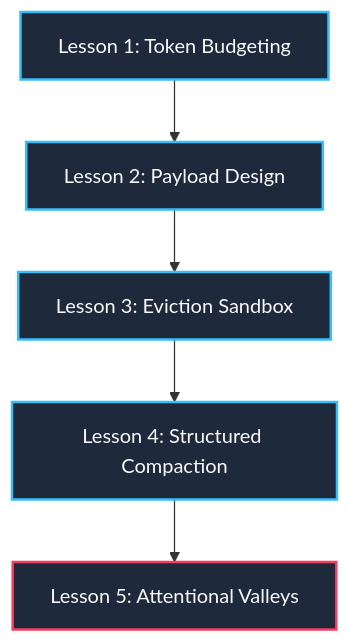
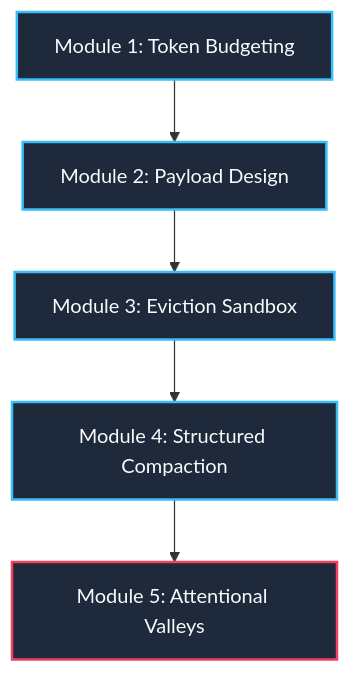
One commit to devJam2026/context-window-diagnostics changed the first of 2 diagrams in docs/learning-guide.md. Above: the diagram before and after it, drawn with Mermaid. The commit also changed other lines of this file and 2 other files, not shown here.

````diff
--- a/docs/learning-guide.md
+++ b/docs/learning-guide.md
@@ -54,13 +48,13 @@
 ```mermaid
 graph TD
-    A[Lesson 1: Token Budgeting] --> B[Lesson 2: Payload Design]
-    B --> C[Lesson 3: Eviction Sandbox]
-    C --> D[Lesson 4: Structured Compaction]
-    D --> E[Lesson 5: Attentional Valleys]
+    A[Module 1: Token Budgeting] --> B[Module 2: Payload Design]
+    B --> C[Module 3: Eviction Sandbox]
+    C --> D[Module 4: Structured Compaction]
+    D --> E[Module 5: Attentional Valleys]
     
     style A fill:#1e293b,stroke:#38bdf8,stroke-width:2px,color:#f8fafc
     style B fill:#1e293b,stroke:#38bdf8,stroke-width:2px,color:#f8fafc
     style C fill:#1e293b,stroke:#38bdf8,stroke-width:2px,color:#f8fafc
     style D fill:#1e293b,stroke:#38bdf8,stroke-width:2px,color:#f8fafc
     style E fill:#1e293b,stroke:#f43f5e,stroke-width:2px,color:#f8fafc
 ```
````
